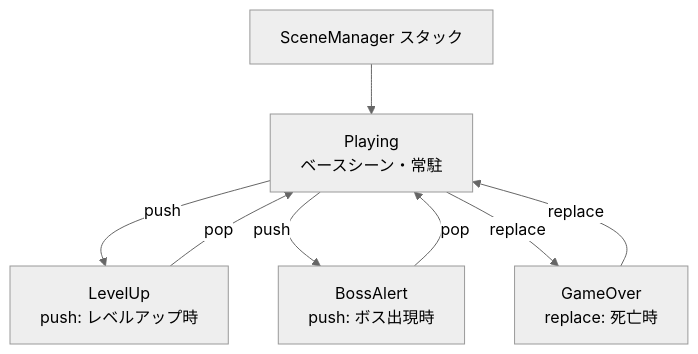
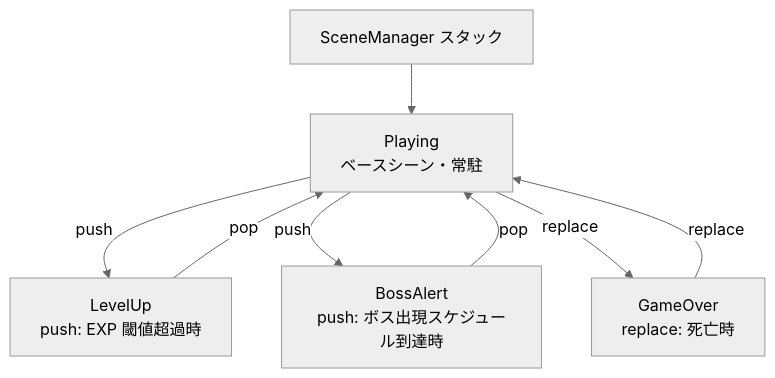
The second of 4 diagrams in docs/game-content.md (FRICK-ELDY/alchemy-engine), drawn with Mermaid (neutral theme) before and after one commit. The commit also changed other lines of this file and 4 other files, not shown here.

````diff
--- a/docs/game-content.md
+++ b/docs/game-content.md
@@ -141,16 +182,16 @@
 ```mermaid
 graph TD
     SM[SceneManager スタック]
     PL[Playing\nベースシーン・常駐]
-    LU[LevelUp\npush: レベルアップ時]
-    BA[BossAlert\npush: ボス出現時]
+    LU[LevelUp\npush: EXP 閾値超過時]
+    BA[BossAlert\npush: ボス出現スケジュール到達時]
     GO[GameOver\nreplace: 死亡時]
 
     SM --> PL
     PL -->|push| LU
     PL -->|push| BA
     PL -->|replace| GO
     LU -->|pop| PL
     BA -->|pop| PL
     GO -->|replace| PL
 ```
````
